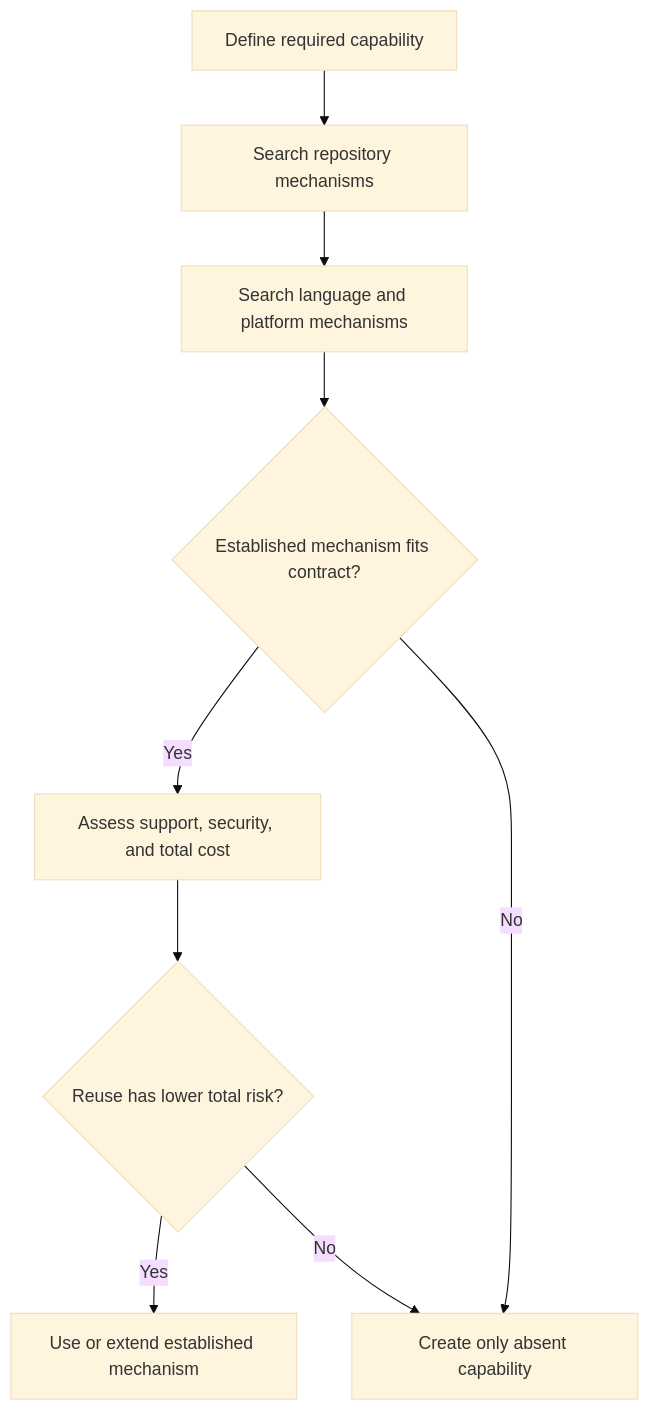
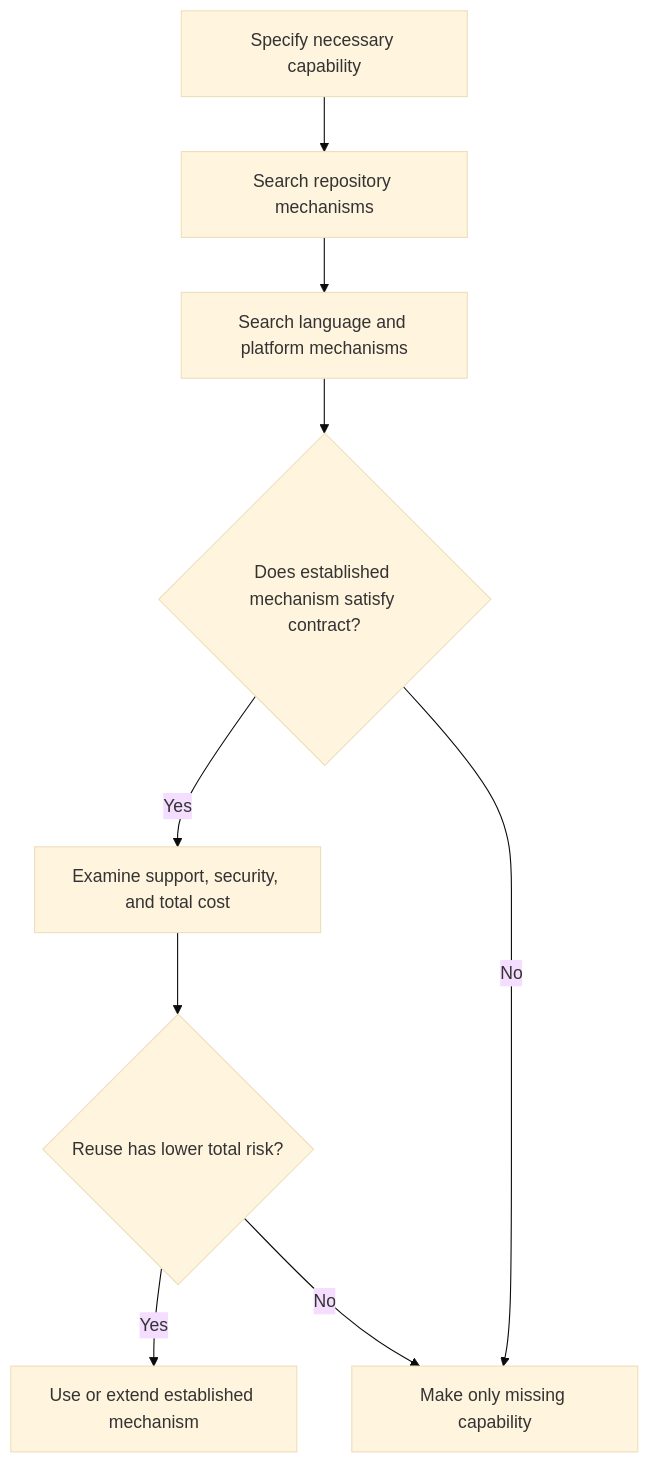
One commit to HomericIntelligence/Athena changed the diagram in docs/principles/details/p074-prefer-existing-mechanisms.md. Above: the diagram before and after it, drawn with Mermaid (base theme). The commit also changed other lines of this file and 91 other files, not shown here.

````diff
--- a/docs/principles/details/p074-prefer-existing-mechanisms.md
+++ b/docs/principles/details/p074-prefer-existing-mechanisms.md
@@ -35,11 +36,11 @@
 ```mermaid
 flowchart TD
-    A["Define required capability"] --> B["Search repository mechanisms"]
+    A["Specify necessary capability"] --> B["Search repository mechanisms"]
     B --> C["Search language and platform mechanisms"]
-    C --> D{"Established mechanism fits contract?"}
-    D -- "Yes" --> E["Assess support, security, and total cost"]
+    C --> D{"Does established mechanism satisfy contract?"}
+    D -- "Yes" --> E["Examine support, security, and total cost"]
     E --> F{"Reuse has lower total risk?"}
     F -- "Yes" --> G["Use or extend established mechanism"]
-    D -- "No" --> H["Create only absent capability"]
+    D -- "No" --> H["Make only missing capability"]
     F -- "No" --> H
 ```
````
